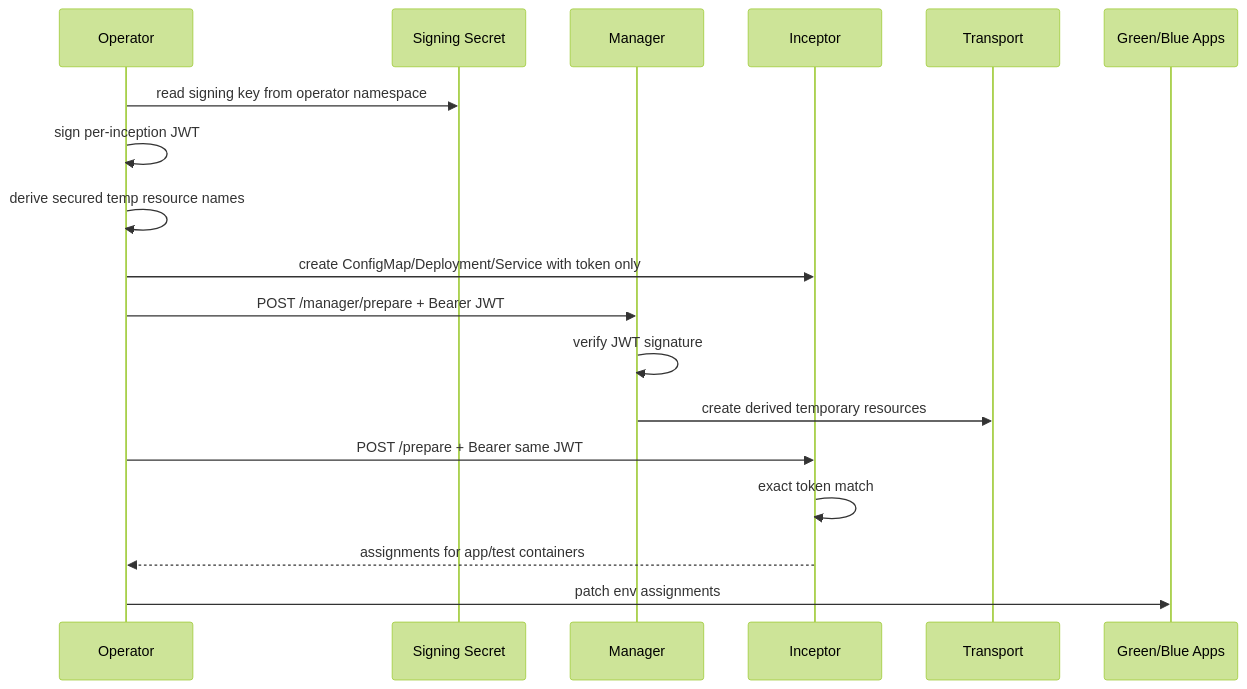
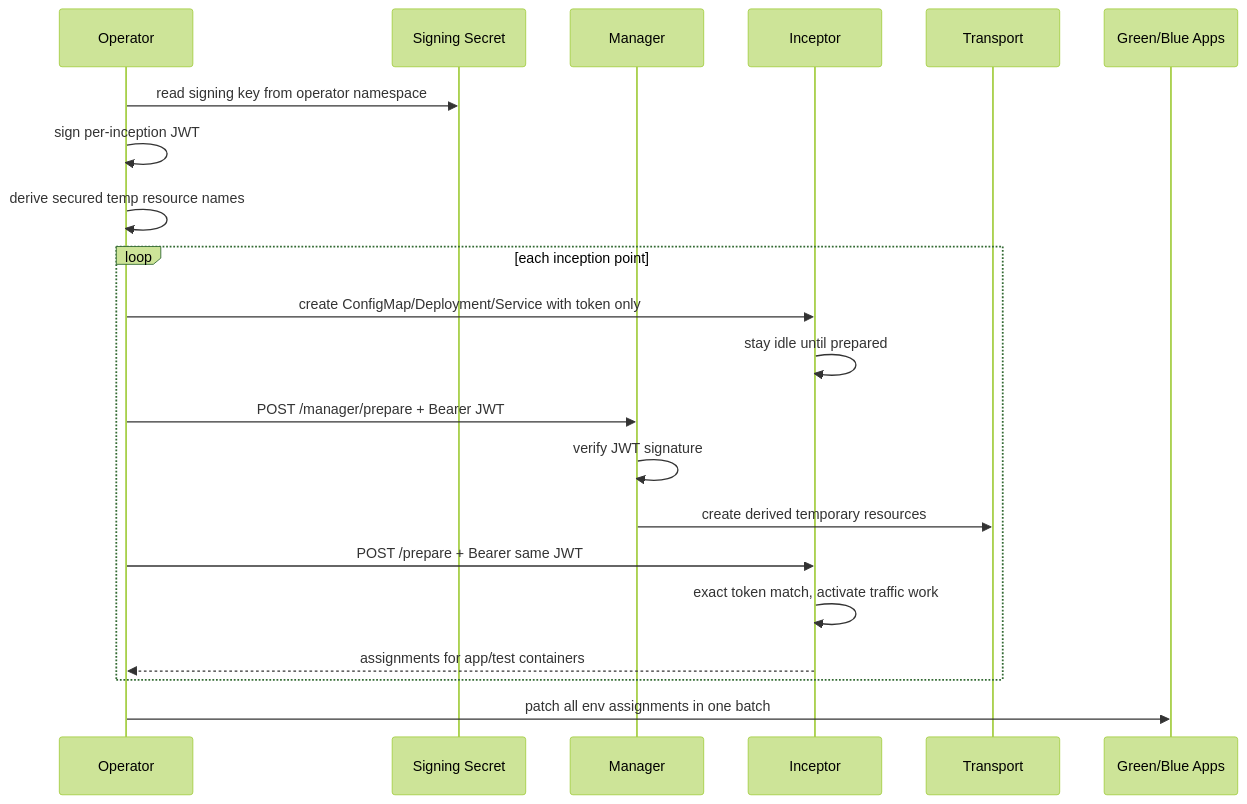
One commit to dlahmad/fluidbgoperator changed the third of 5 diagrams in docs/reference/plugin-architecture.md. Above: the diagram before and after it, drawn with Mermaid (forest theme). The commit also changed other lines of this file and 61 other files, not shown here.

````diff
--- a/docs/reference/plugin-architecture.md
+++ b/docs/reference/plugin-architecture.md
@@ -109,21 +110,24 @@
 ```mermaid
 sequenceDiagram
     participant O as Operator
     participant K as Signing Secret
     participant M as Manager
     participant I as Inceptor
     participant T as Transport
     participant A as Green/Blue Apps
 
     O->>K: read signing key from operator namespace
     O->>O: sign per-inception JWT
     O->>O: derive secured temp resource names
-    O->>I: create ConfigMap/Deployment/Service with token only
-    O->>M: POST /manager/prepare + Bearer JWT
-    M->>M: verify JWT signature
-    M->>T: create derived temporary resources
-    O->>I: POST /prepare + Bearer same JWT
-    I->>I: exact token match
-    I-->>O: assignments for app/test containers
-    O->>A: patch env assignments
+    loop each inception point
+        O->>I: create ConfigMap/Deployment/Service with token only
+        I->>I: stay idle until prepared
+        O->>M: POST /manager/prepare + Bearer JWT
+        M->>M: verify JWT signature
+        M->>T: create derived temporary resources
+        O->>I: POST /prepare + Bearer same JWT
+        I->>I: exact token match, activate traffic work
+        I-->>O: assignments for app/test containers
+    end
+    O->>A: patch all env assignments in one batch
 ```
````
